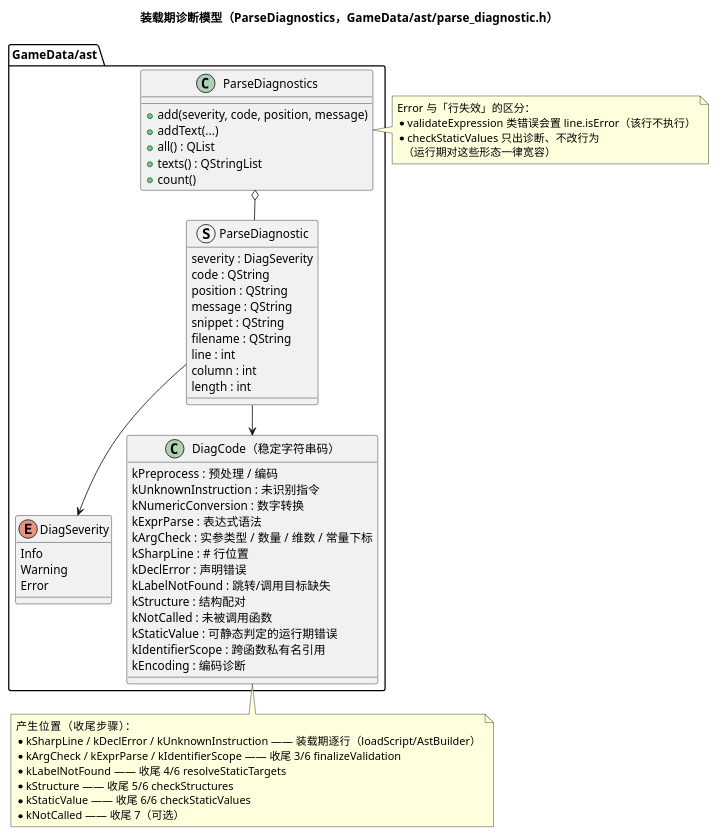
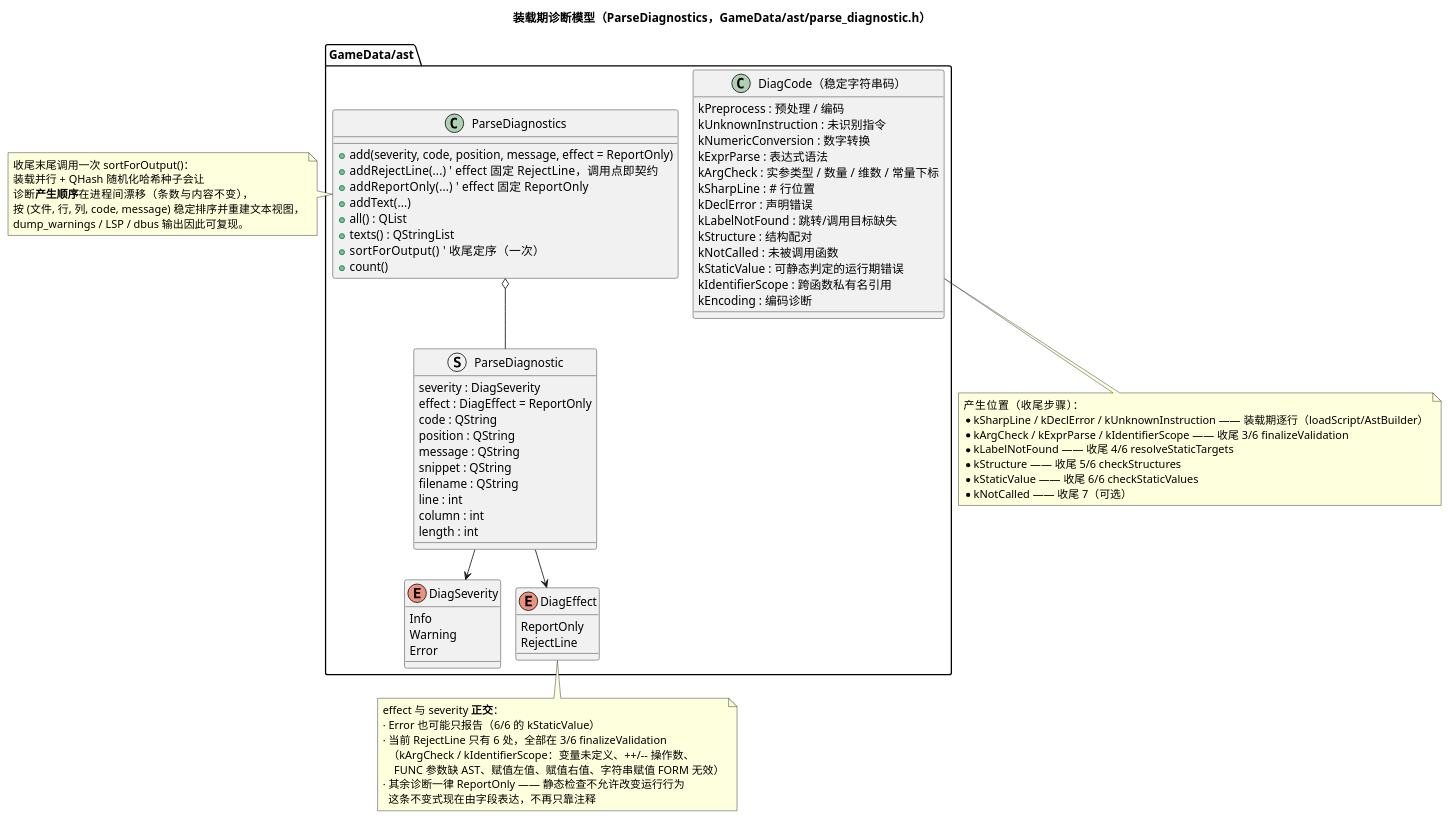
Before and after one commit to yigekuyou/qt-eraemu: the diagram in docs/uml/06-diagnostics.puml, drawn with PlantUML. The commit also changed 18 other files, not shown here.

```diff
--- a/docs/uml/06-diagnostics.puml
+++ b/docs/uml/06-diagnostics.puml
@@ -1,73 +1,93 @@
 @startuml 06-diagnostics
 ' 无 graphviz(dot) 环境下用 PlantUML 内置 smetana 布局引擎
 !pragma layout smetana
 ' emuera —— 装载期诊断模型与「边界条件前移」检查目录
 ' 渲染：plantuml docs/uml/06-diagnostics.puml
 title 装载期诊断模型（ParseDiagnostics，GameData/ast/parse_diagnostic.h）
 
 package "GameData/ast" {
 
   enum DiagSeverity {
     Info
     Warning
     Error
   }
 
+  enum DiagEffect {
+    ReportOnly
+    RejectLine
+  }
+
   struct ParseDiagnostic {
     severity : DiagSeverity
+    effect : DiagEffect = ReportOnly
     code : QString
     position : QString
     message : QString
     snippet : QString
     filename : QString
     line : int
     column : int
     length : int
   }
 
   class ParseDiagnostics {
-    + add(severity, code, position, message)
+    + add(severity, code, position, message, effect = ReportOnly)
+    + addRejectLine(...)   ' effect 固定 RejectLine，调用点即契约
+    + addReportOnly(...)   ' effect 固定 ReportOnly
     + addText(...)
     + all() : QList
     + texts() : QStringList
+    + sortForOutput()   ' 收尾定序（一次）
     + count()
   }
 
   class "DiagCode（稳定字符串码）" as DiagCode {
     kPreprocess : 预处理 / 编码
     kUnknownInstruction : 未识别指令
     kNumericConversion : 数字转换
     kExprParse : 表达式语法
     kArgCheck : 实参类型 / 数量 / 维数 / 常量下标
     kSharpLine : # 行位置
     kDeclError : 声明错误
     kLabelNotFound : 跳转/调用目标缺失
     kStructure : 结构配对
     kNotCalled : 未被调用函数
     kStaticValue : 可静态判定的运行期错误
     kIdentifierScope : 跨函数私有名引用
     kEncoding : 编码诊断
   }
 }
 
 ParseDiagnostics o-- ParseDiagnostic
 ParseDiagnostic --> DiagSeverity
-ParseDiagnostic --> DiagCode
+ParseDiagnostic --> DiagEffect
+
+note right of ParseDiagnostics
+  收尾末尾调用一次 sortForOutput()：
+  装载并行 + QHash 随机化哈希种子会让
+  诊断**产生顺序**在进程间漂移（条数与内容不变），
+  按 (文件, 行, 列, code, message) 稳定排序并重建文本视图，
+  dump_warnings / LSP / dbus 输出因此可复现。
+end note
+
+note bottom of DiagEffect
+  effect 与 severity **正交**：
+  · Error 也可能只报告（6/6 的 kStaticValue）
+  · 当前 RejectLine 只有 6 处，全部在 3/6 finalizeValidation
+    （kArgCheck / kIdentifierScope：变量未定义、++/-- 操作数、
+      FUNC 参数缺 AST、赋值左值、赋值右值、字符串赋值 FORM 无效）
+  · 其余诊断一律 ReportOnly —— 静态检查不允许改变运行行为
+    这条不变式现在由字段表达，不再只靠注释
+end note
 
 note bottom of DiagCode
   产生位置（收尾步骤）：
   * kSharpLine / kDeclError / kUnknownInstruction —— 装载期逐行（loadScript/AstBuilder）
   * kArgCheck / kExprParse / kIdentifierScope —— 收尾 3/6 finalizeValidation
   * kLabelNotFound —— 收尾 4/6 resolveStaticTargets
   * kStructure —— 收尾 5/6 checkStructures
   * kStaticValue —— 收尾 6/6 checkStaticValues
   * kNotCalled —— 收尾 7（可选）
 end note
-
-note right of ParseDiagnostics
-  Error 与「行失效」的区分：
-  * validateExpression 类错误会置 line.isError（该行不执行）
-  * checkStaticValues 只出诊断、不改行为
-    （运行期对这些形态一律宽容）
-end note
 @enduml
```
